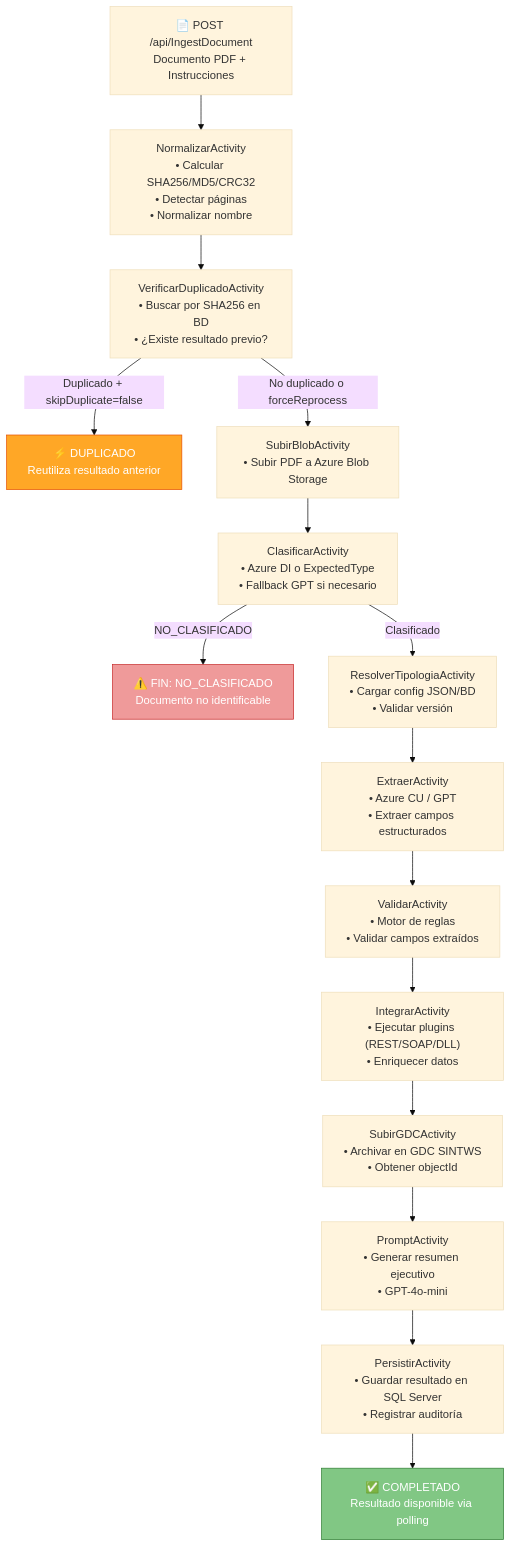
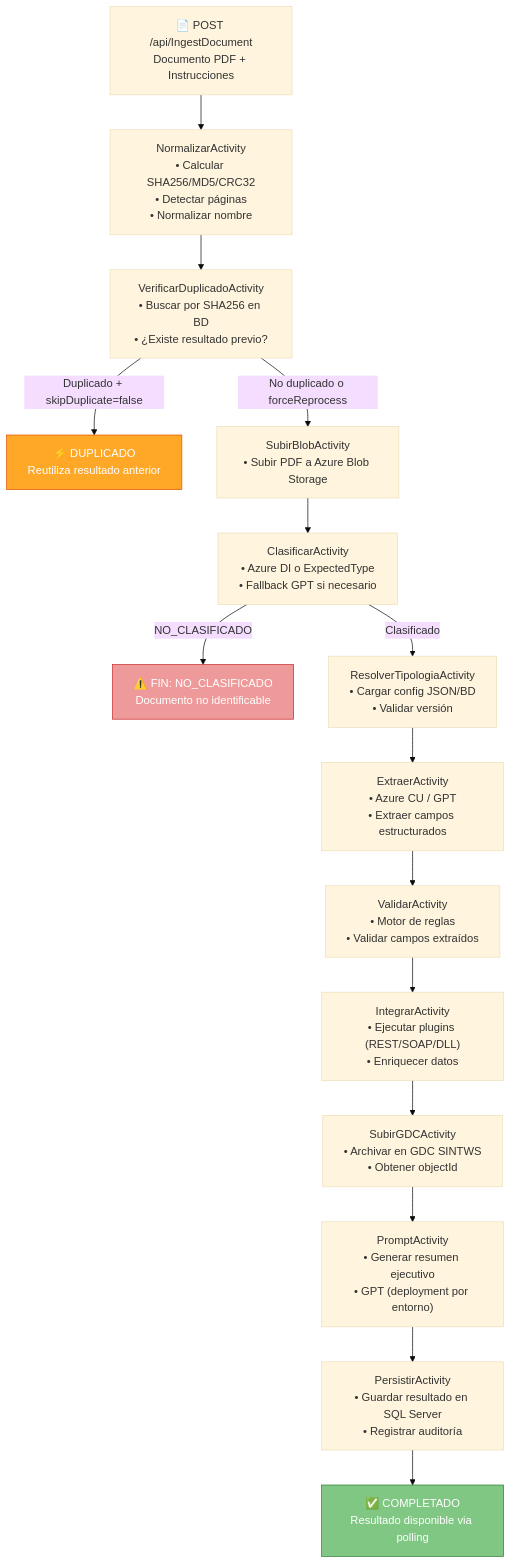
One commit to nvcrisologo02/AI-DocClassExt changed the first of 9 diagrams in docs/guias/GUIA_CLASIFICACION_DOCUMENTOS.md. Above: the diagram before and after it, drawn with Mermaid (base theme). The commit also changed other lines of this file and 10 other files, not shown here.

````diff
--- a/docs/guias/GUIA_CLASIFICACION_DOCUMENTOS.md
+++ b/docs/guias/GUIA_CLASIFICACION_DOCUMENTOS.md
@@ -166,21 +171,21 @@
 ```mermaid
 flowchart TD
     A["📄 POST /api/IngestDocument\nDocumento PDF + Instrucciones"] --> B["NormalizarActivity\n• Calcular SHA256/MD5/CRC32\n• Detectar páginas\n• Normalizar nombre"]
     B --> C["VerificarDuplicadoActivity\n• Buscar por SHA256 en BD\n• ¿Existe resultado previo?"]
     C -->|"Duplicado + skipDuplicate=false"| D["⚡ DUPLICADO\nReutiliza resultado anterior"]
     C -->|"No duplicado o forceReprocess"| E["SubirBlobActivity\n• Subir PDF a Azure Blob Storage"]
     E --> F["ClasificarActivity\n• Azure DI o ExpectedType\n• Fallback GPT si necesario"]
     F -->|"NO_CLASIFICADO"| G["⚠️ FIN: NO_CLASIFICADO\nDocumento no identificable"]
     F -->|"Clasificado"| H["ResolverTipologiaActivity\n• Cargar config JSON/BD\n• Validar versión"]
     H --> I["ExtraerActivity\n• Azure CU / GPT\n• Extraer campos estructurados"]
     I --> J["ValidarActivity\n• Motor de reglas\n• Validar campos extraídos"]
     J --> K["IntegrarActivity\n• Ejecutar plugins (REST/SOAP/DLL)\n• Enriquecer datos"]
     K --> L["SubirGDCActivity\n• Archivar en GDC SINTWS\n• Obtener objectId"]
-    L --> M["PromptActivity\n• Generar resumen ejecutivo\n• GPT-4o-mini"]
+    L --> M["PromptActivity\n• Generar resumen ejecutivo\n• GPT (deployment por entorno)"]
     M --> N["PersistirActivity\n• Guardar resultado en SQL Server\n• Registrar auditoría"]
     N --> O["✅ COMPLETADO\nResultado disponible via polling"]
 
     style D fill:#FFA726,stroke:#E65100,color:#fff
     style G fill:#EF9A9A,stroke:#C62828,color:#fff
     style O fill:#81C784,stroke:#2E7D32,color:#fff
 ```
````
